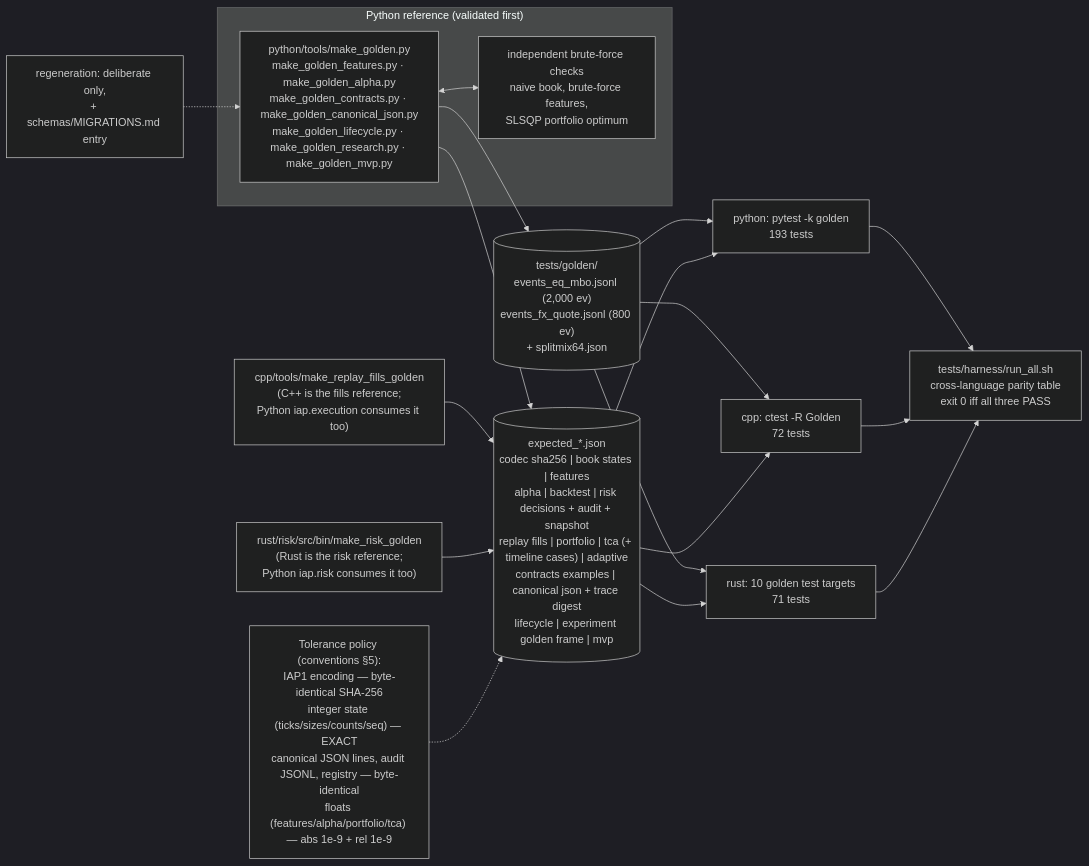
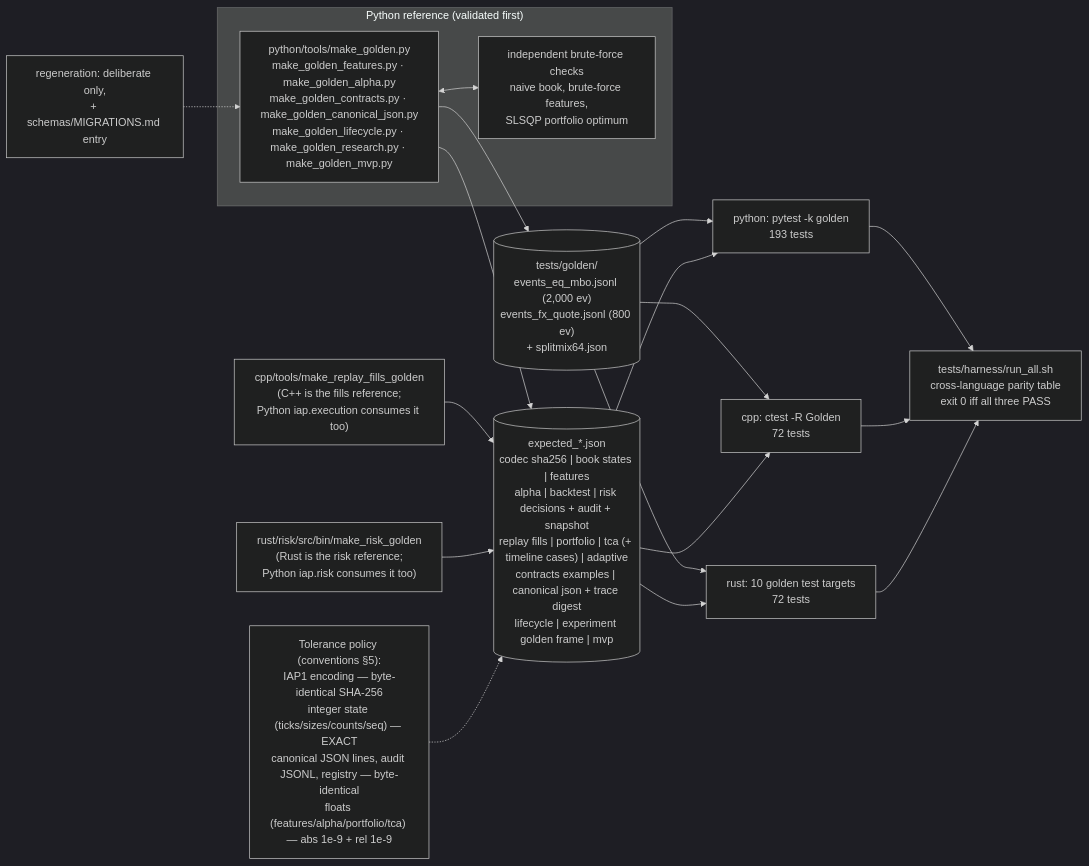
Before and after one commit to AshJha0/intraday-alpha-platform: the diagram in docs/diagrams/golden_topology.mmd, drawn with Mermaid (dark theme). The commit also changed 26 other files, not shown here.

```diff
--- a/docs/diagrams/golden_topology.mmd
+++ b/docs/diagrams/golden_topology.mmd
@@ -1,21 +1,21 @@
 flowchart LR
     subgraph REF["Python reference (validated first)"]
         MG["python/tools/make_golden.py<br/>make_golden_features.py · make_golden_alpha.py<br/>make_golden_contracts.py · make_golden_canonical_json.py<br/>make_golden_lifecycle.py · make_golden_research.py · make_golden_mvp.py"]
         BF["independent brute-force checks<br/>naive book, brute-force features,<br/>SLSQP portfolio optimum"]
         MG <--> BF
     end
     MG --> GV[("tests/golden/<br/>events_eq_mbo.jsonl (2,000 ev)<br/>events_fx_quote.jsonl (800 ev)<br/>+ splitmix64.json")]
     MG --> EXP[("expected_*.json<br/>codec sha256 | book states | features<br/>alpha | backtest | risk decisions + audit + snapshot<br/>replay fills | portfolio | tca (+ timeline cases) | adaptive<br/>contracts examples | canonical json + trace digest<br/>lifecycle | experiment golden frame | mvp")]
     CPPTOOL["cpp/tools/make_replay_fills_golden<br/>(C++ is the fills reference;<br/>Python iap.execution consumes it too)"] --> EXP
     RSTOOL["rust/risk/src/bin/make_risk_golden<br/>(Rust is the risk reference;<br/>Python iap.risk consumes it too)"] --> EXP
     GV --> PY["python: pytest -k golden<br/>193 tests"]
     GV --> CPP["cpp: ctest -R Golden<br/>72 tests"]
-    GV --> RS["rust: 10 golden test targets<br/>71 tests"]
+    GV --> RS["rust: 10 golden test targets<br/>72 tests"]
     EXP --> PY
     EXP --> CPP
     EXP --> RS
     PY --> TAB["tests/harness/run_all.sh<br/>cross-language parity table<br/>exit 0 iff all three PASS"]
     CPP --> TAB
     RS --> TAB
     TOL["Tolerance policy (conventions §5):<br/>IAP1 encoding — byte-identical SHA-256<br/>integer state (ticks/sizes/counts/seq) — EXACT<br/>canonical JSON lines, audit JSONL, registry — byte-identical<br/>floats (features/alpha/portfolio/tca) — abs 1e-9 + rel 1e-9"] -.-> EXP
     MIG["regeneration: deliberate only,<br/>+ schemas/MIGRATIONS.md entry"] -.-> MG
```
